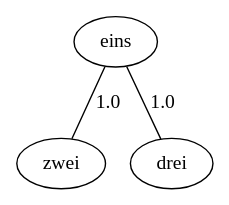
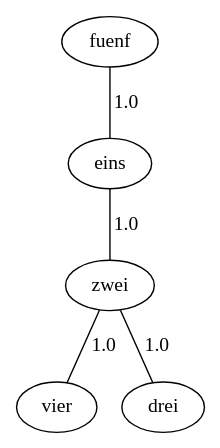
The diagram in GKA_task3_1-5/GraphViz/graph/gespeicherterPrimOhneHeap.gv (Frggle/HAW_GKA), drawn with Graphviz before and after one commit. The commit also changed 10 other files, not shown here.

```diff
--- a/GKA_task3_1-5/GraphViz/graph/gespeicherterPrimOhneHeap.gv
+++ b/GKA_task3_1-5/GraphViz/graph/gespeicherterPrimOhneHeap.gv
@@ -1,7 +1,11 @@
 graph G {
   1 [ label="eins" ];
-  2 [ label="zwei" ];
-  3 [ label="drei" ];
-  1 -- 2 [ label="1.0" ];
+  2 [ label="vier" ];
+  3 [ label="zwei" ];
+  4 [ label="fuenf" ];
+  5 [ label="drei" ];
   1 -- 3 [ label="1.0" ];
+  4 -- 1 [ label="1.0" ];
+  3 -- 5 [ label="1.0" ];
+  3 -- 2 [ label="1.0" ];
 }
```
